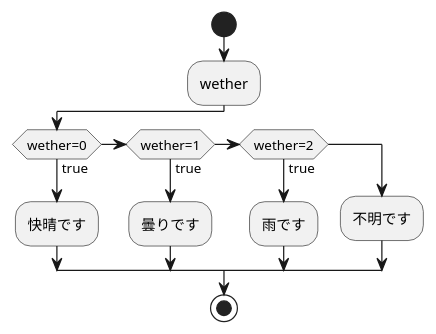
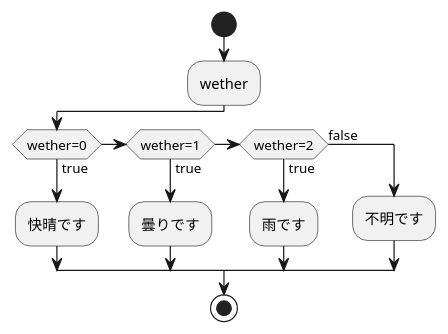
The diagram in wether.md (Aso2001398/2021sys-design), drawn with PlantUML before and after one commit.

````diff
--- a/wether.md
+++ b/wether.md
@@ -1,18 +1,18 @@
 ```uml
 @startuml
 start
 
 :wether;
 if(wether=0) then (true)
 :快晴です;
 else if(wether=1) then (true)
 :曇りです;
 else if(wether=2) then (true)
 :雨です;
-else
+else (false)
 :不明です;
 endif
 
 stop
 @enduml
 ```
````
